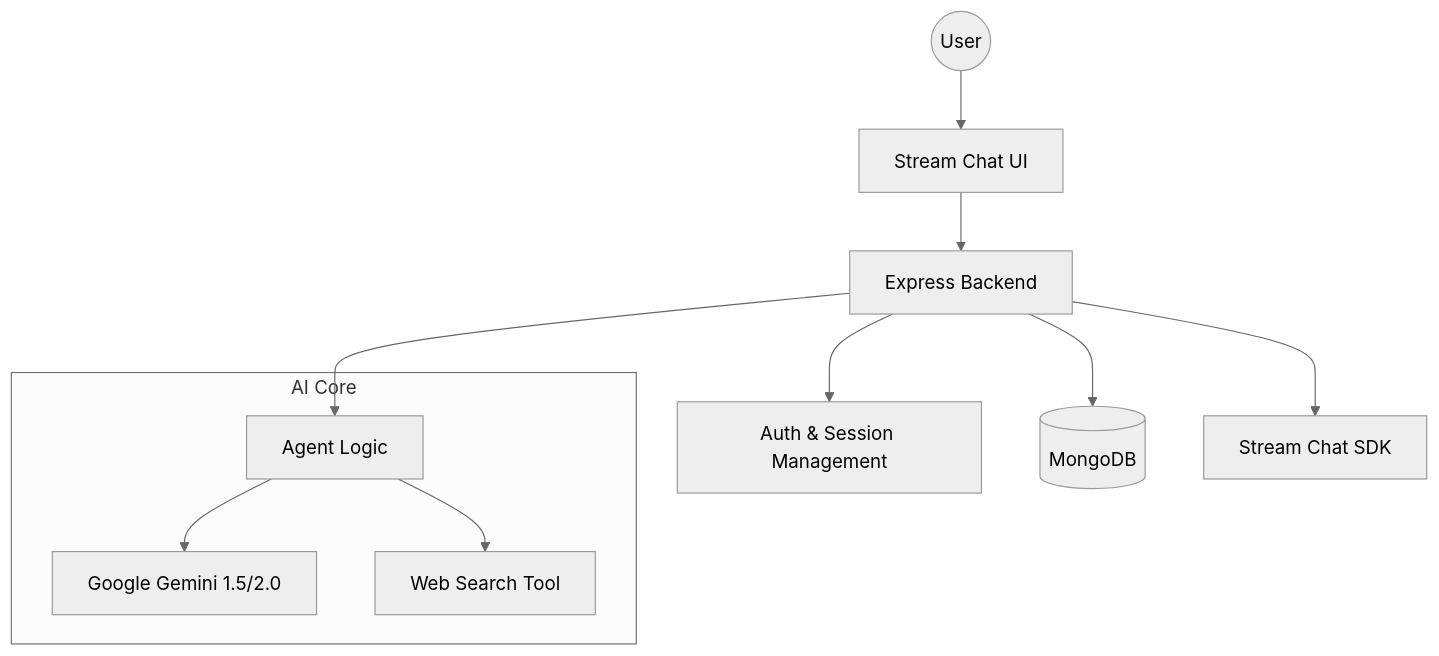
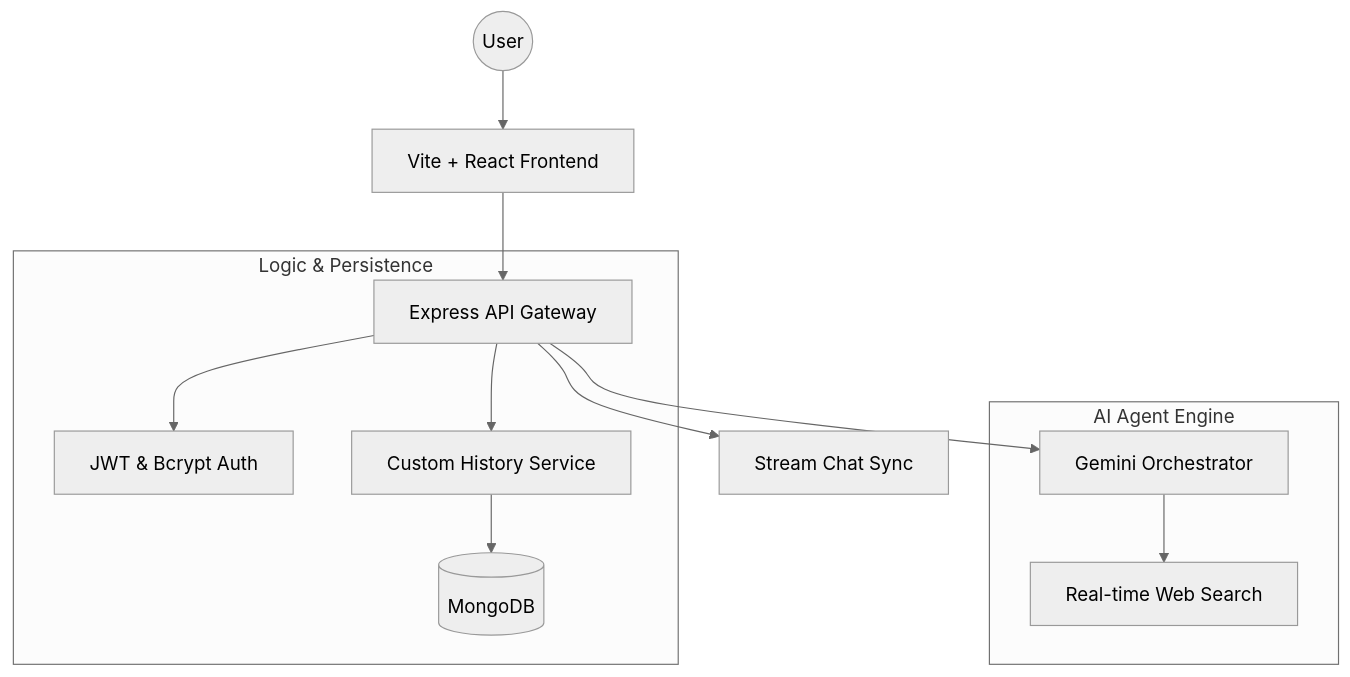
The diagram in README.md (Shreyas-J-U/Promptly), drawn with Mermaid (neutral theme) before and after one commit. The commit also changed other lines of this file, not shown here.

````diff
--- a/README.md
+++ b/README.md
@@ -40,15 +48,18 @@
 ```mermaid
 graph TD
-    User((User)) --> ChatUI[Stream Chat UI]
-    ChatUI --> Server[Express Backend]
-    Server --> Auth[Auth & Session Management]
-    Server --> AgentHandler[Agent Logic]
+    User((User)) --> Client[Vite + React Frontend]
+    Client --> API[Express API Gateway]
 
-    subgraph "AI Core"
-        AgentHandler --> Gemini[Google Gemini 1.5/2.0]
-        AgentHandler --> Tavily[Web Search Tool]
+    subgraph "Logic & Persistence"
+        API --> Auth[JWT & Bcrypt Auth]
+        API --> Hist[Custom History Service]
+        Hist --> MongoDB[(MongoDB)]
     end
 
-    Server --> MongoDB[(MongoDB)]
-    Server --> Stream[Stream Chat SDK]
+    subgraph "AI Agent Engine"
+        API --> Agent[Gemini Orchestrator]
+        Agent --> Tavily[Real-time Web Search]
+    end
+
+    API --> Stream[Stream Chat Sync]
 ```
````
